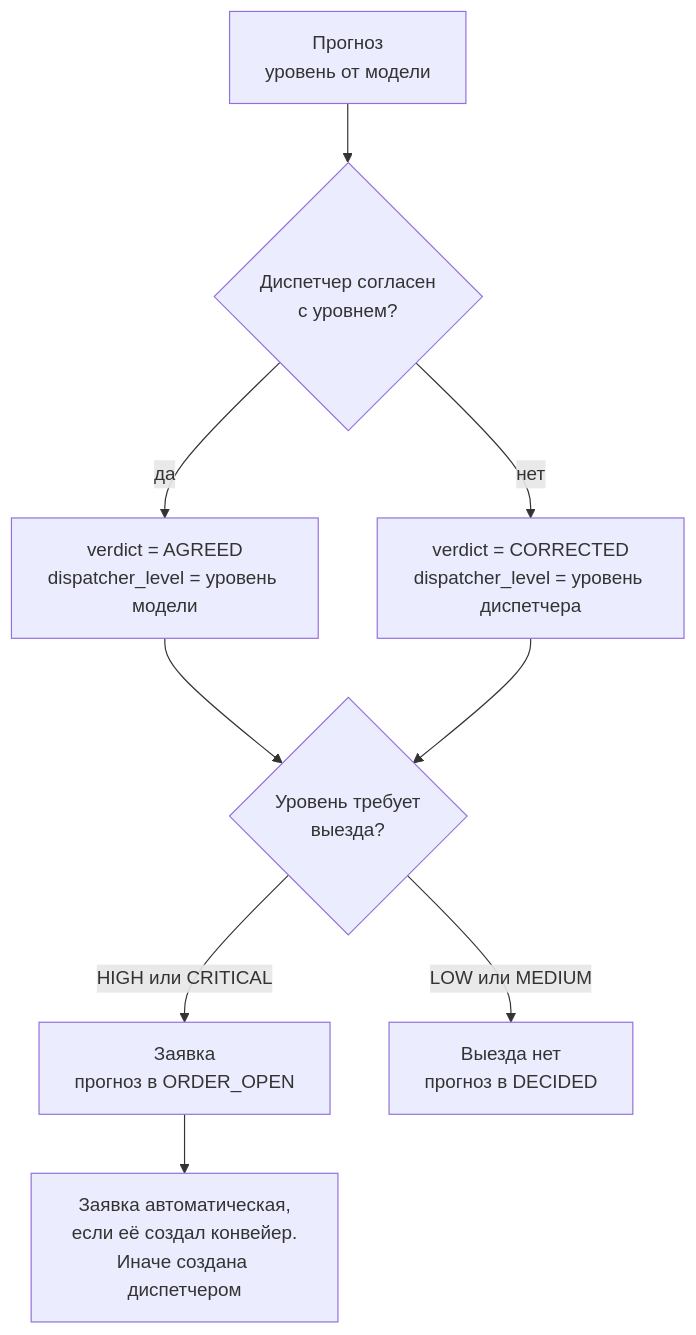
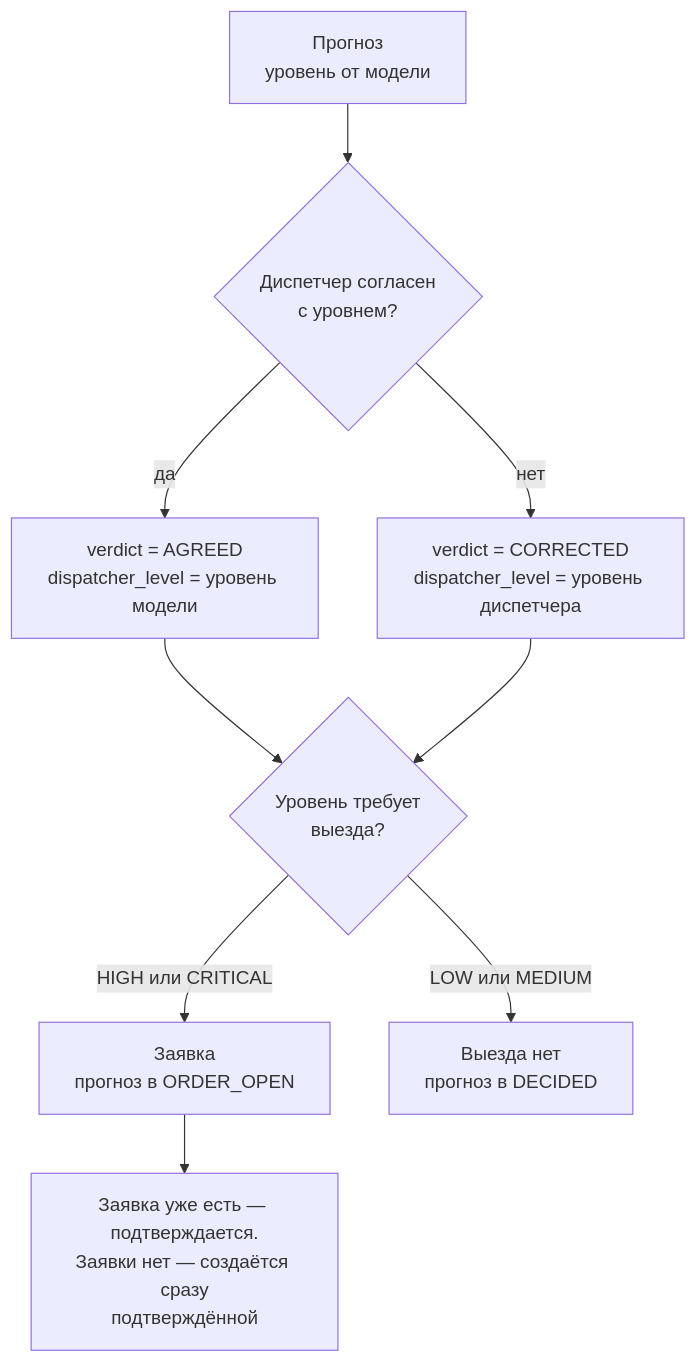
The second of 4 diagrams in ARM-ODS-lifecycle.md (IIshikiII/LCT2026), drawn with Mermaid before and after one commit. The commit also changed other lines of this file and 22 other files, not shown here.

````diff
--- a/ARM-ODS-lifecycle.md
+++ b/ARM-ODS-lifecycle.md
@@ -64,15 +64,15 @@
 ```mermaid
 flowchart TD
     A["Прогноз<br/>уровень от модели"] --> B{"Диспетчер согласен<br/>с уровнем?"}
 
     B -->|"да"| C["verdict = AGREED<br/>dispatcher_level = уровень модели"]
     B -->|"нет"| D["verdict = CORRECTED<br/>dispatcher_level = уровень диспетчера"]
 
     C --> E{"Уровень требует<br/>выезда?"}
     D --> E
 
     E -->|"HIGH или CRITICAL"| F["Заявка<br/>прогноз в ORDER_OPEN"]
     E -->|"LOW или MEDIUM"| G["Выезда нет<br/>прогноз в DECIDED"]
 
-    F --> H["Заявка автоматическая,<br/>если её создал конвейер.<br/>Иначе создана диспетчером"]
+    F --> H["Заявка уже есть — подтверждается.<br/>Заявки нет — создаётся сразу<br/>подтверждённой"]
 ```
````
